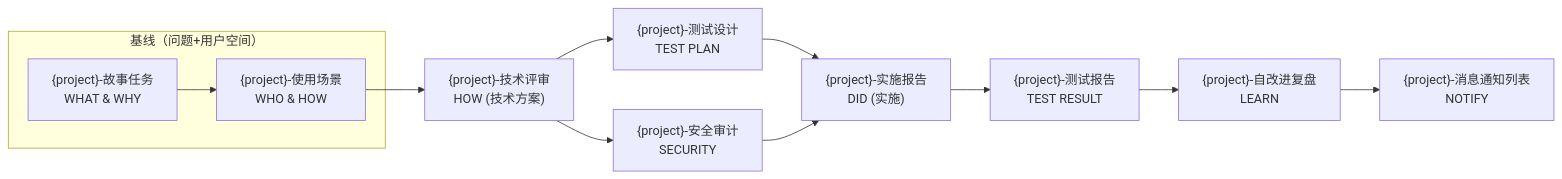
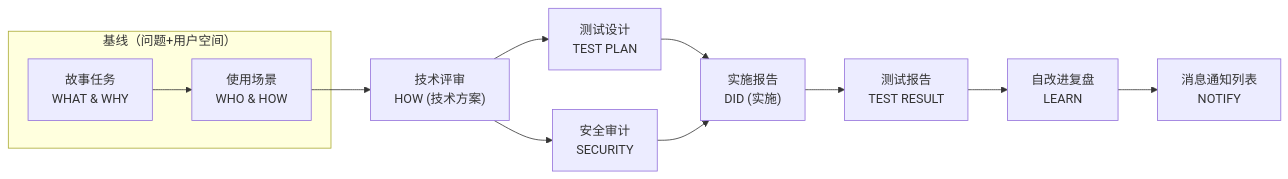
Before and after one commit to effiy/YrY: the second of 13 diagrams in skills/rui/formulas.md, drawn with Mermaid. The commit also changed other lines of this file and 61 other files, not shown here.

````diff
--- a/skills/rui/formulas.md
+++ b/skills/rui/formulas.md
@@ -84,16 +81,16 @@
 ```mermaid
 flowchart LR
     subgraph 基线["基线（问题+用户空间）"]
-        01["{project}-故事任务<br/>WHAT & WHY"]
-        02["{project}-使用场景<br/>WHO & HOW"]
+        01["故事任务<br/>WHAT & WHY"]
+        02["使用场景<br/>WHO & HOW"]
     end
     01 --> 02
-    02 --> 03["{project}-技术评审<br/>HOW (技术方案)"]
-    03 --> 04["{project}-测试设计<br/>TEST PLAN"]
-    03 --> 05["{project}-安全审计<br/>SECURITY"]
-    04 --> 06["{project}-实施报告<br/>DID (实施)"]
+    02 --> 03["技术评审<br/>HOW (技术方案)"]
+    03 --> 04["测试设计<br/>TEST PLAN"]
+    03 --> 05["安全审计<br/>SECURITY"]
+    04 --> 06["实施报告<br/>DID (实施)"]
     05 --> 06
-    06 --> 07["{project}-测试报告<br/>TEST RESULT"]
-    07 --> 08["{project}-自改进复盘<br/>LEARN"]
-    08 --> 00["{project}-消息通知列表<br/>NOTIFY"]
+    06 --> 07["测试报告<br/>TEST RESULT"]
+    07 --> 08["自改进复盘<br/>LEARN"]
+    08 --> 00["消息通知列表<br/>NOTIFY"]
 ```
````
